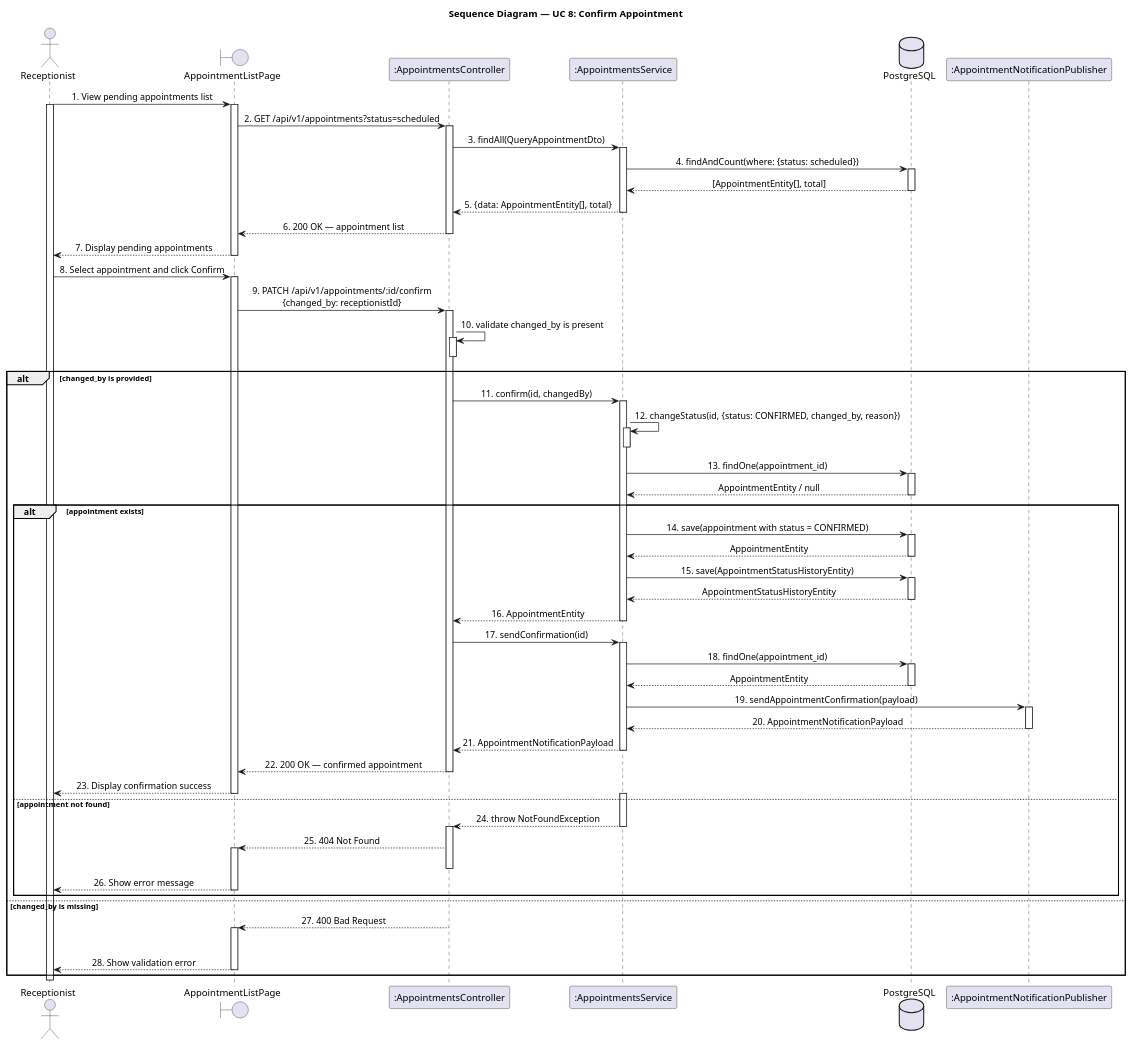
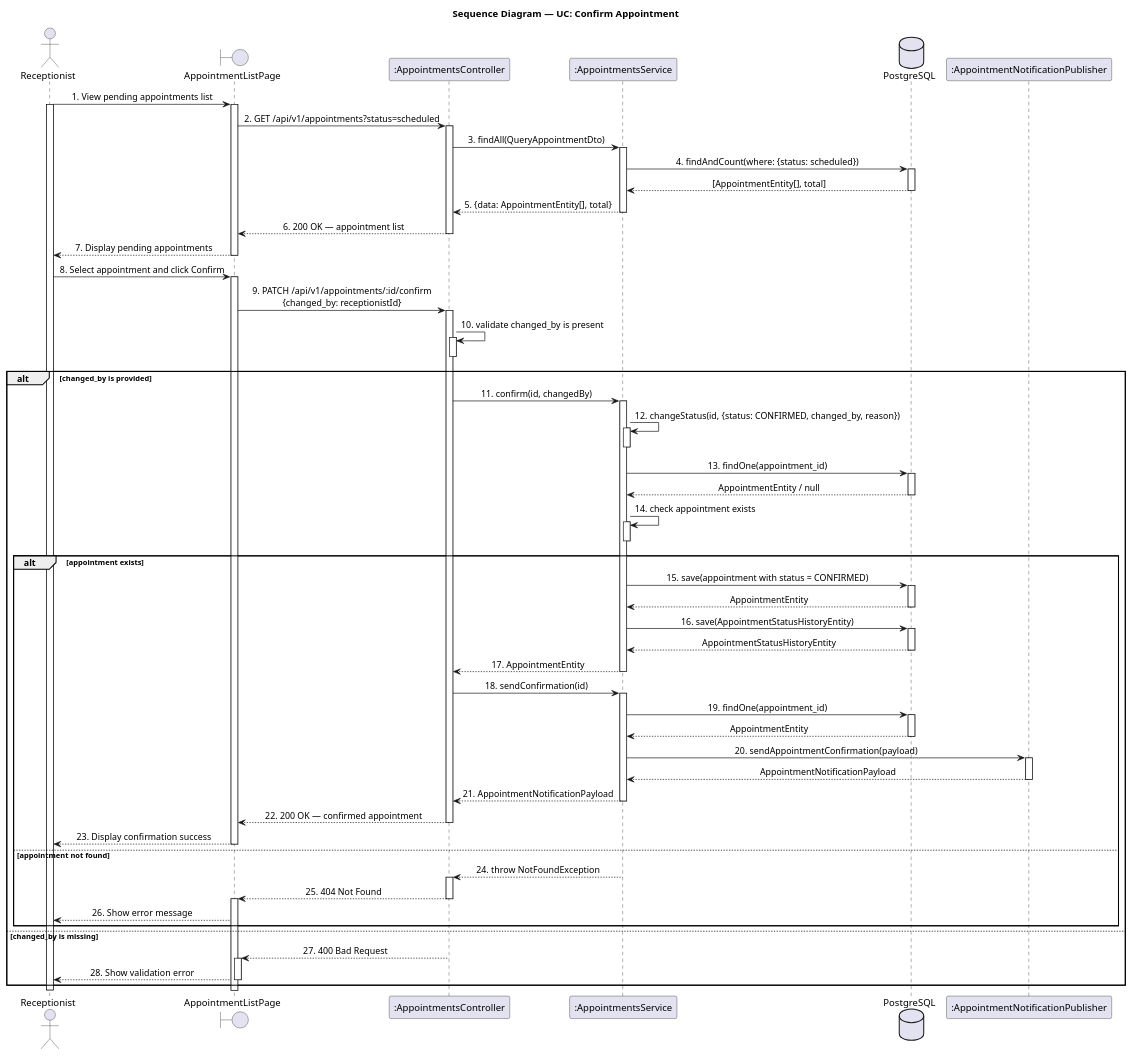
Before and after one commit to LTPPPP/Smart-Medical-Intelligent-Ledger-for-E-health-S.M.I.L.E-: the diagram in docs/sequence-diagram/UC08_ConfirmAppointment.puml, drawn with PlantUML. The commit also changed 19 other files, not shown here.

```diff
--- a/docs/sequence-diagram/UC08_ConfirmAppointment.puml
+++ b/docs/sequence-diagram/UC08_ConfirmAppointment.puml
@@ -1,117 +1,117 @@
 @startuml SequenceDiagram
 skinparam shadowing false
 skinparam sequenceMessageAlign center
 
-title Sequence Diagram — UC 8: Confirm Appointment
+title Sequence Diagram — UC: Confirm Appointment
 
 actor "Receptionist" as user
 boundary "AppointmentListPage" as page
 participant ":AppointmentsController" as ctrl
 participant ":AppointmentsService" as svc
 database "PostgreSQL" as db
 participant ":AppointmentNotificationPublisher" as notifPub
 
 user -> page : 1. View pending appointments list
 activate user
 activate page
 
 page -> ctrl : 2. GET /api/v1/appointments?status=scheduled
 activate ctrl
 
 ctrl -> svc : 3. findAll(QueryAppointmentDto)
 activate svc
 
 svc -> db : 4. findAndCount(where: {status: scheduled})
 activate db
 db --> svc : [AppointmentEntity[], total]
 deactivate db
 
 svc --> ctrl : 5. {data: AppointmentEntity[], total}
 deactivate svc
 
 ctrl --> page : 6. 200 OK — appointment list
 deactivate ctrl
 
 page --> user : 7. Display pending appointments
 deactivate page
 
 user -> page : 8. Select appointment and click Confirm
 activate page
 
 page -> ctrl : 9. PATCH /api/v1/appointments/:id/confirm\n{changed_by: receptionistId}
 activate ctrl
 
 ctrl -> ctrl : 10. validate changed_by is present
 activate ctrl
 deactivate ctrl
-
 alt changed_by is provided
   ctrl -> svc : 11. confirm(id, changedBy)
   activate svc
 
   svc -> svc : 12. changeStatus(id, {status: CONFIRMED, changed_by, reason})
   activate svc
   deactivate svc
 
   svc -> db : 13. findOne(appointment_id)
   activate db
   db --> svc : AppointmentEntity / null
   deactivate db
 
+  svc -> svc : 14. check appointment exists
+  activate svc
+  deactivate svc
   alt appointment exists
-    svc -> db : 14. save(appointment with status = CONFIRMED)
+    svc -> db : 15. save(appointment with status = CONFIRMED)
     activate db
     db --> svc : AppointmentEntity
     deactivate db
 
-    svc -> db : 15. save(AppointmentStatusHistoryEntity)
+    svc -> db : 16. save(AppointmentStatusHistoryEntity)
     activate db
     db --> svc : AppointmentStatusHistoryEntity
     deactivate db
 
-    svc --> ctrl : 16. AppointmentEntity
+    svc --> ctrl : 17. AppointmentEntity
     deactivate svc
 
-    ctrl -> svc : 17. sendConfirmation(id)
+    ctrl -> svc : 18. sendConfirmation(id)
     activate svc
 
-    svc -> db : 18. findOne(appointment_id)
+    svc -> db : 19. findOne(appointment_id)
     activate db
     db --> svc : AppointmentEntity
     deactivate db
 
-    svc -> notifPub : 19. sendAppointmentConfirmation(payload)
+    svc -> notifPub : 20. sendAppointmentConfirmation(payload)
     activate notifPub
-    notifPub --> svc : 20. AppointmentNotificationPayload
+    notifPub --> svc : AppointmentNotificationPayload
     deactivate notifPub
 
     svc --> ctrl : 21. AppointmentNotificationPayload
     deactivate svc
 
     ctrl --> page : 22. 200 OK — confirmed appointment
     deactivate ctrl
 
     page --> user : 23. Display confirmation success
     deactivate page
   else appointment not found
-    activate svc
     svc --> ctrl : 24. throw NotFoundException
     deactivate svc
     activate ctrl
     ctrl --> page : 25. 404 Not Found
+    deactivate ctrl
     activate page
-    deactivate ctrl
     page --> user : 26. Show error message
-    deactivate page
   end
 else changed_by is missing
   ctrl --> page : 27. 400 Bad Request
+  deactivate ctrl
   activate page
-  deactivate ctrl
   page --> user : 28. Show validation error
   deactivate page
 end
 
 deactivate user
 
 @enduml
```
